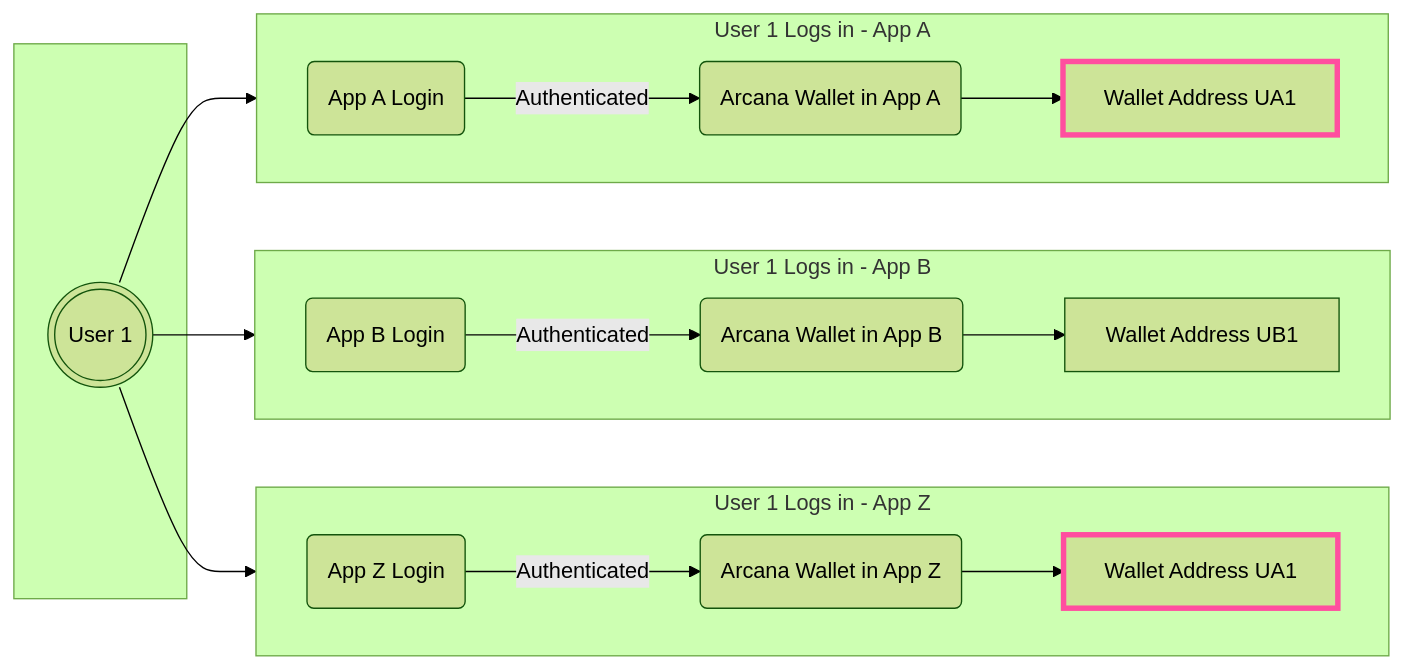
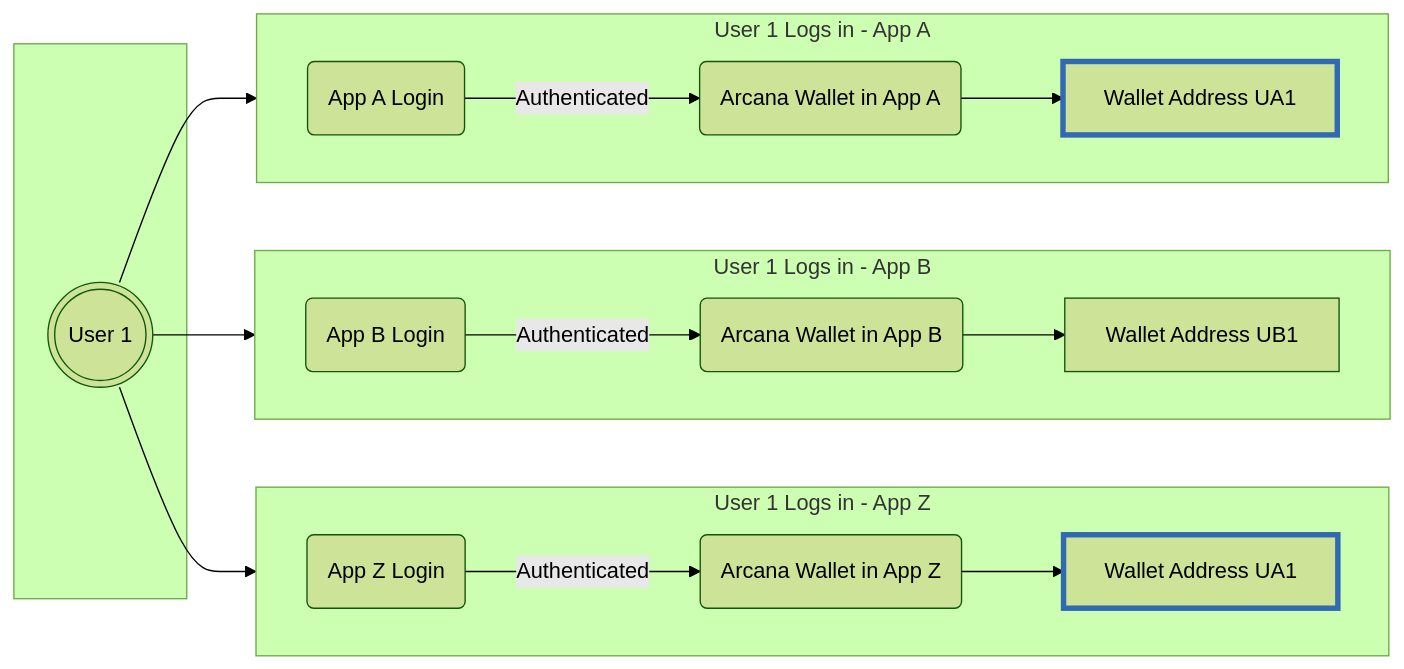
The second of 2 diagrams in docs/concepts/keyspace-types.md (shaloo/docs.arcana), drawn with Mermaid (forest theme) before and after one commit. The commit also changed other lines of this file and 79 other files, not shown here.

````diff
--- a/docs/concepts/keyspace-types.md
+++ b/docs/concepts/keyspace-types.md
@@ -39,21 +39,21 @@
 ```mermaid
 flowchart LR 
     subgraph U [ ]
         A3(((User 1)))
     end
     subgraph ULZ [User 1 Logs in - App Z]
         direction LR
         A3 --> BZ(App Z Login) -- Authenticated --> CZ(Arcana Wallet in App Z) --> DZ[Wallet Address UA1]
     end
     subgraph ULB [User 1 Logs in - App B]
     direction LR
         A3 --> B33(App B Login) -- Authenticated --> C33(Arcana Wallet in App B) --> D33[Wallet Address UB1]
     end
     subgraph ULA [User 1 Logs in - App A]
     direction LR
         A3 --> B3(App A Login) -- Authenticated --> C3(Arcana Wallet in App A) --> D3[Wallet Address UA1]
     end
 
-classDef an-pink stroke:#ff4e9f,stroke-width:0.25rem;
-class D3,DZ an-pink
+classDef an-highlight stroke:#3169b3,stroke-width:0.25rem;
+class D3,DZ an-highlight
 ```
````
